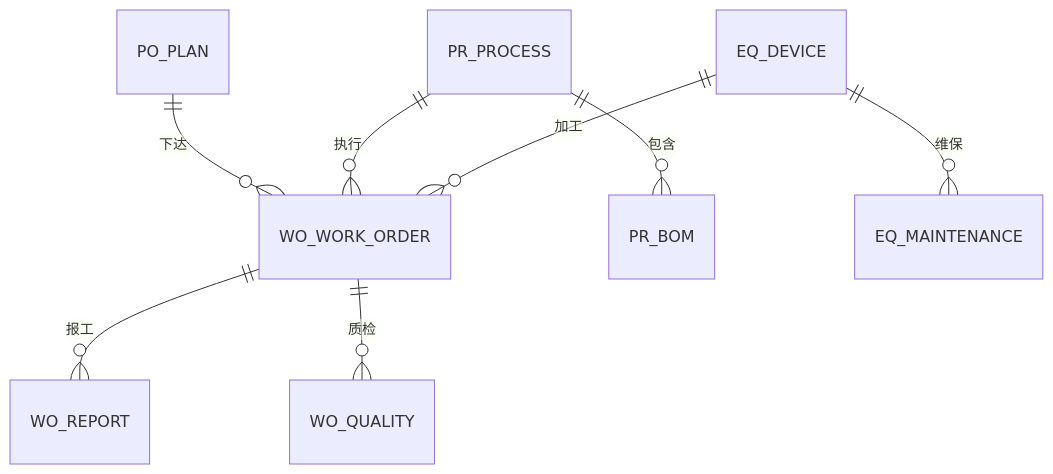
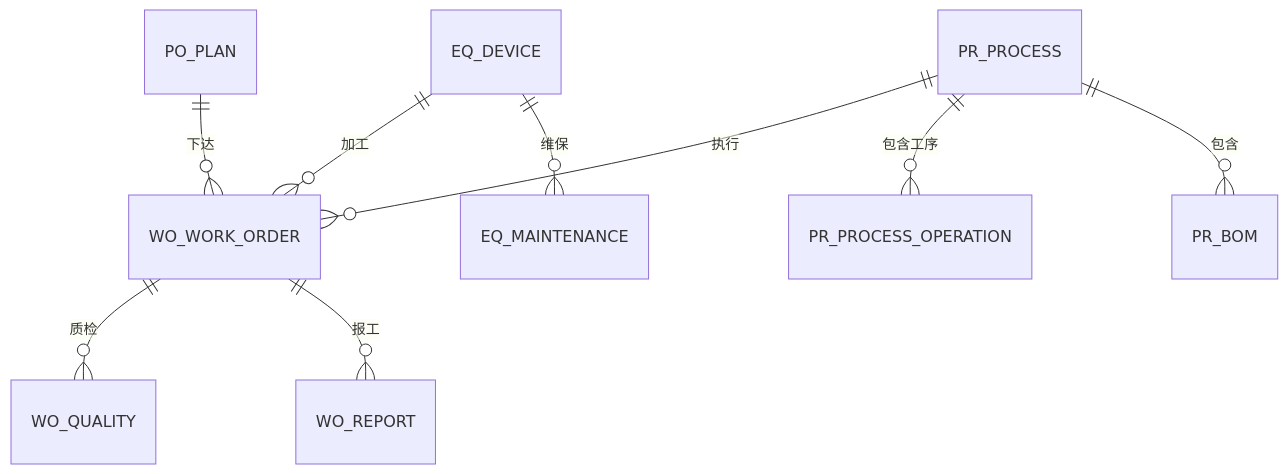
One commit to HH112-ux/Industrial-Application changed the diagram in docs/DATA-MODEL.md. Above: the diagram before and after it, drawn with Mermaid. The commit also changed other lines of this file and 25 other files, not shown here.

First line of the commit message:
feat(process): versioned routing and operation-aware BOM (#6)

````diff
--- a/docs/DATA-MODEL.md
+++ b/docs/DATA-MODEL.md
@@ -15,10 +15,11 @@
 ```mermaid
 erDiagram
     PO_PLAN ||--o{ WO_WORK_ORDER : "下达"
     WO_WORK_ORDER ||--o{ WO_REPORT : "报工"
     WO_WORK_ORDER ||--o{ WO_QUALITY : "质检"
     PR_PROCESS ||--o{ PR_BOM : "包含"
+    PR_PROCESS ||--o{ PR_PROCESS_OPERATION : "包含工序"
     PR_PROCESS ||--o{ WO_WORK_ORDER : "执行"
     EQ_DEVICE ||--o{ EQ_MAINTENANCE : "维保"
     EQ_DEVICE ||--o{ WO_WORK_ORDER : "加工"
 ```
````
